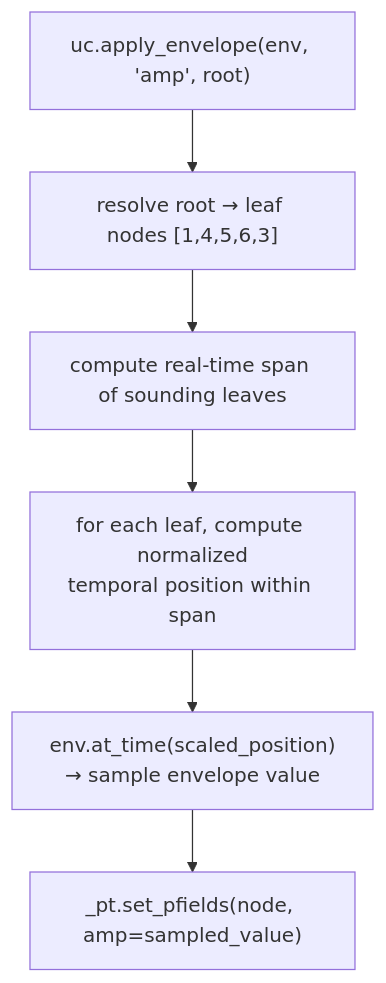
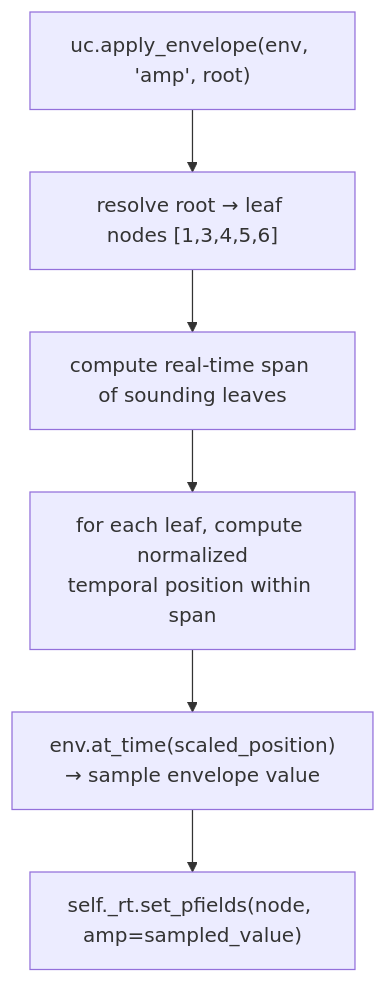
Before and after one commit to kr4g/Klotho: the fifth of 8 diagrams in docs/architecture/10_WALKTHROUGH.md, drawn with Mermaid. The commit also changed other lines of this file and 13 other files, not shown here.

First line of the commit message:
Overhaul architecture docs for Klotho 10.x API

````diff
--- a/docs/architecture/10_WALKTHROUGH.md
+++ b/docs/architecture/10_WALKTHROUGH.md
@@ -233,9 +240,9 @@
 ```mermaid
 flowchart TD
     A["uc.apply_envelope(env, 'amp', root)"]
-    A --> B["resolve root → leaf nodes [1,4,5,6,3]"]
+    A --> B["resolve root → leaf nodes [1,3,4,5,6]"]
     B --> C["compute real-time span of sounding leaves"]
     C --> D["for each leaf, compute normalized<br/>temporal position within span"]
     D --> E["env.at_time(scaled_position)<br/>→ sample envelope value"]
-    E --> F["_pt.set_pfields(node, amp=sampled_value)"]
+    E --> F["self._rt.set_pfields(node, amp=sampled_value)"]
 ```
````
